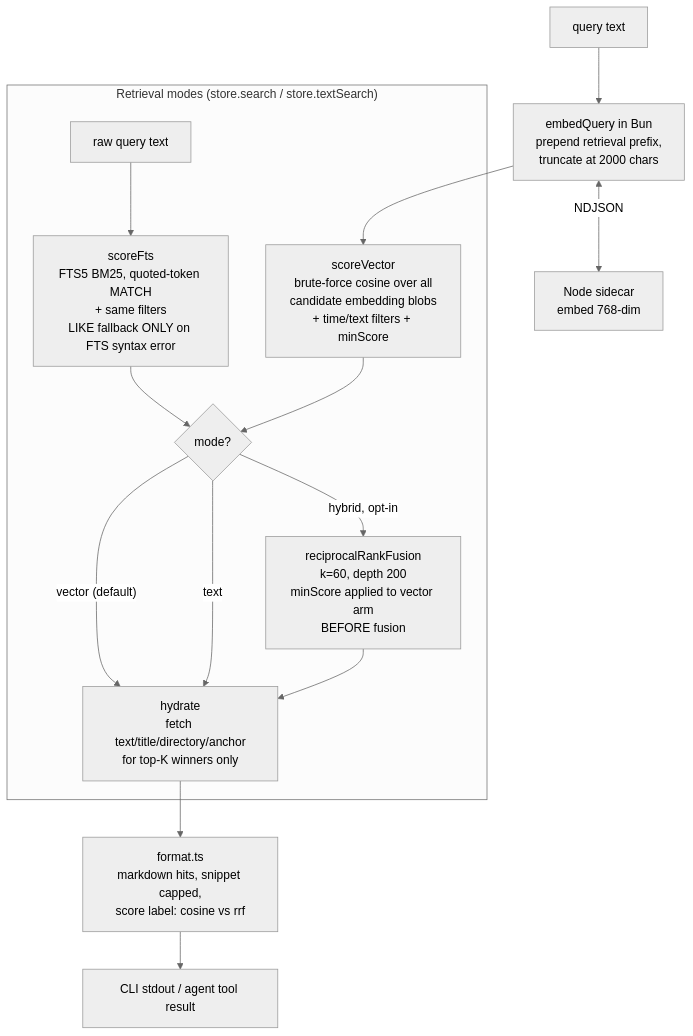
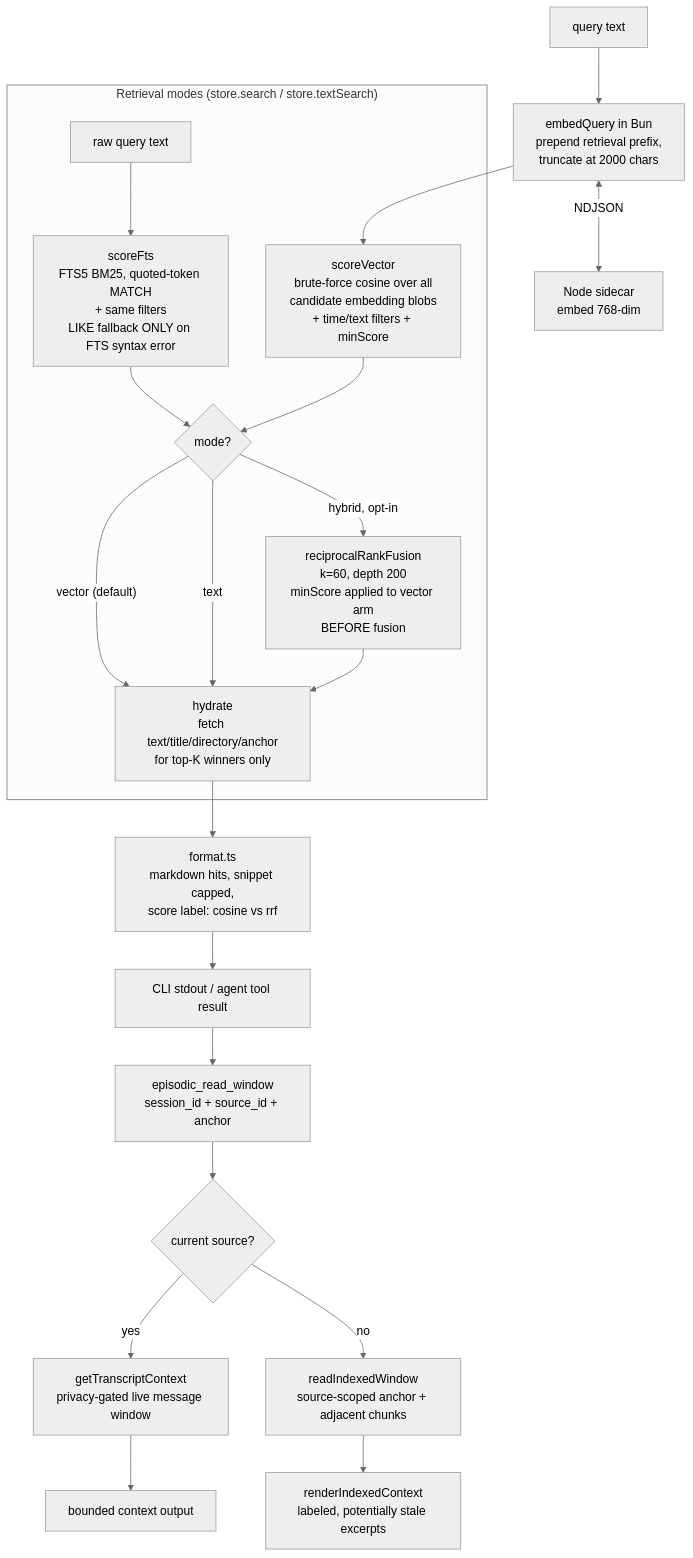
Before and after one commit to robertn702/opencode-episodic-memory: the third of 3 diagrams in ARCHITECTURE.md, drawn with Mermaid (neutral theme). The commit also changed other lines of this file and 5 other files, not shown here.

Commit message:
fix: honor indexed privacy and sparse window bounds

````diff
--- a/ARCHITECTURE.md
+++ b/ARCHITECTURE.md
@@ -240,19 +240,25 @@
 ```mermaid
 flowchart TB
     Q[query text] --> EQ["embedQuery in Bun<br/>prepend retrieval prefix,<br/>truncate at 2000 chars"]
     EQ <-->|NDJSON| N["Node sidecar<br/>embed 768-dim"]
     EQ --> V["scoreVector<br/>brute-force cosine over all<br/>candidate embedding blobs<br/>+ time/text filters + minScore"]
 
     subgraph Modes["Retrieval modes (store.search / store.textSearch)"]
         V --> D{mode?}
         D -->|"vector (default)"| H
         QT[raw query text] --> F["scoreFts<br/>FTS5 BM25, quoted-token MATCH<br/>+ same filters<br/>LIKE fallback ONLY on FTS syntax error"]
         F --> D
         D -->|text| H
         D -->|"hybrid, opt-in"| RRF["reciprocalRankFusion<br/>k=60, depth 200<br/>minScore applied to vector arm<br/>BEFORE fusion"]
         RRF --> H
     end
 
     H["hydrate<br/>fetch text/title/directory/anchor<br/>for top-K winners only"] --> FMT["format.ts<br/>markdown hits, snippet capped,<br/>score label: cosine vs rrf"]
     FMT --> OUT[CLI stdout / agent tool result]
+    OUT --> W["episodic_read_window<br/>session_id + source_id + anchor"]
+    W --> S{current source?}
+    S -->|yes| LIVE["getTranscriptContext<br/>privacy-gated live message window"]
+    S -->|no| INDEXED["readIndexedWindow<br/>source-scoped anchor + adjacent chunks"]
+    LIVE --> CONTEXT[bounded context output]
+    INDEXED --> EXCERPTS["renderIndexedContext<br/>labeled, potentially stale excerpts"]
 ```
````
